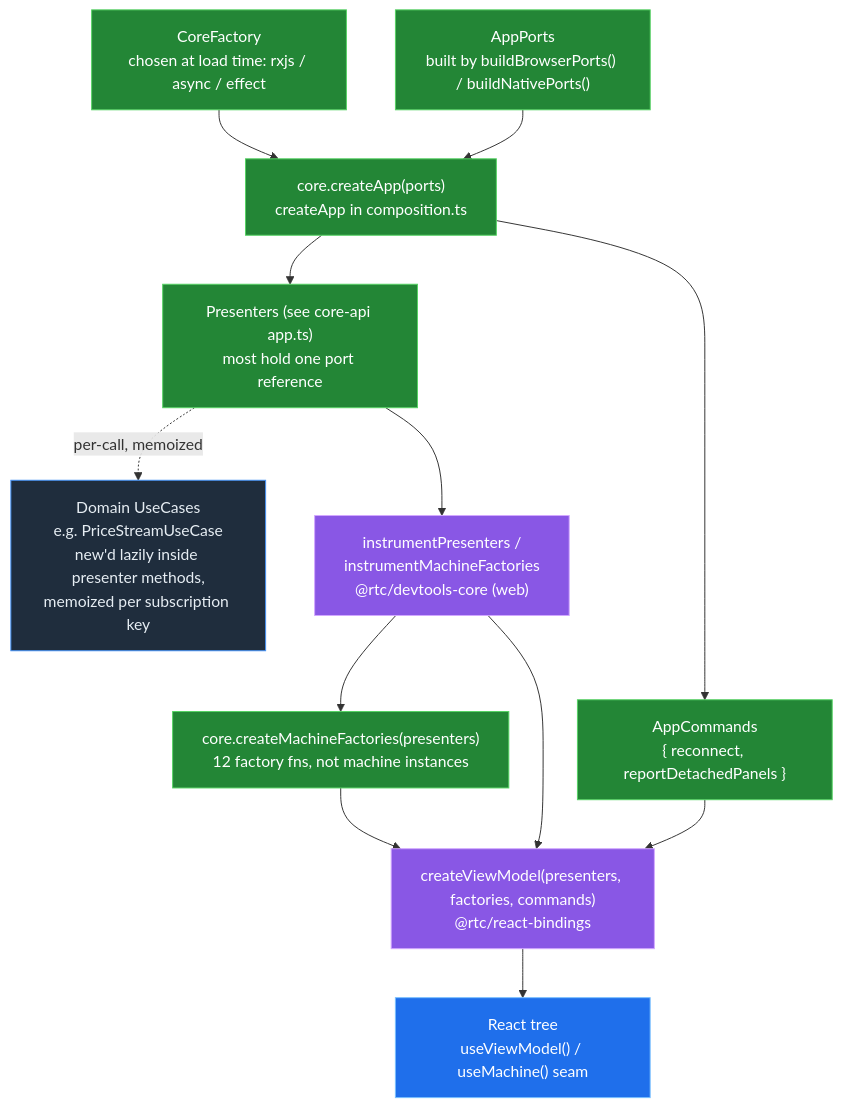
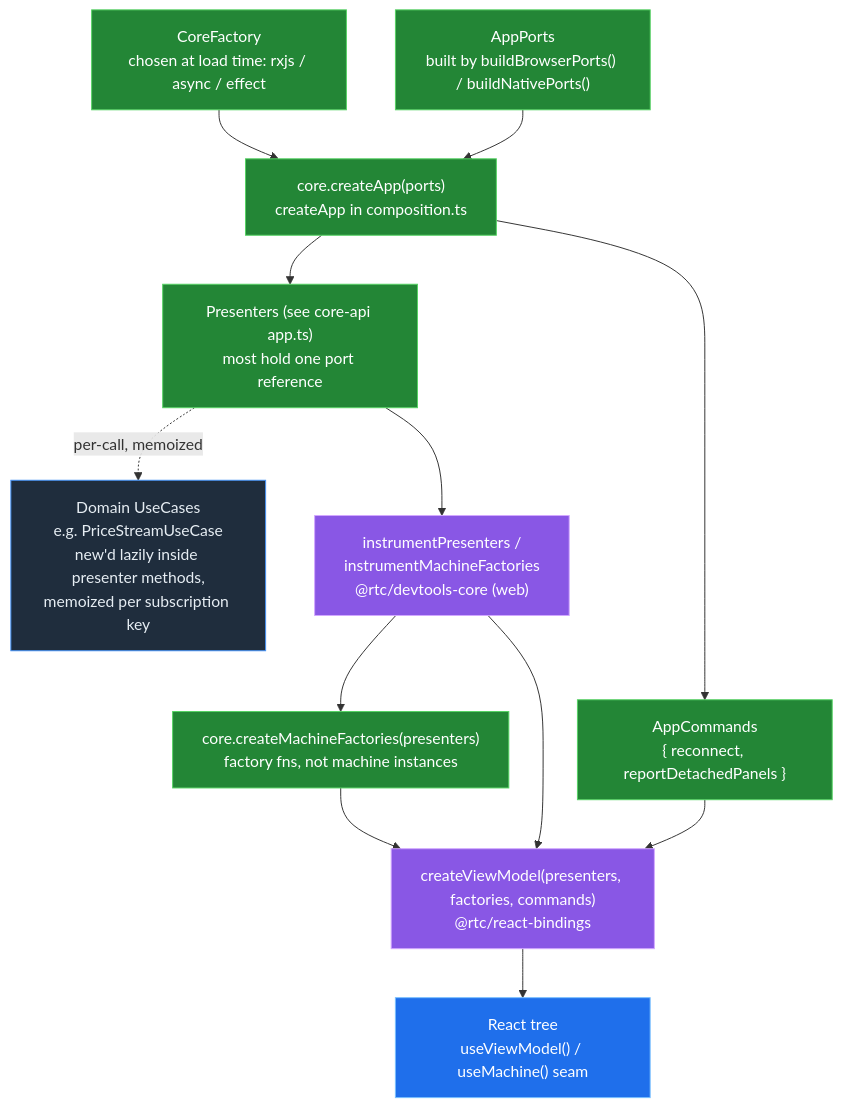
One commit to bettersoftware-io/ReactiveTraderCloudClone changed the first of 4 diagrams in docs/architecture/14-composition-and-wiring.md. Above: the diagram before and after it, drawn with Mermaid. The commit also changed other lines of this file and 1 other file, not shown here.

First line of the commit message:
docs(architecture): §14/§17 review fixes — current layout-machine code, no line cites

````diff
--- a/docs/architecture/14-composition-and-wiring.md
+++ b/docs/architecture/14-composition-and-wiring.md
@@ -36,30 +36,30 @@
 ```mermaid
 flowchart TD
     Core["CoreFactory<br/>chosen at load time: rxjs / async / effect"]:::core
     Ports["AppPorts<br/>built by buildBrowserPorts() / buildNativePorts()"]:::core
     Create["core.createApp(ports)<br/>createApp in composition.ts"]:::core
     Pres["Presenters (see core-api app.ts)<br/>most hold one port reference"]:::core
     Cmd["AppCommands<br/>{ reconnect, reportDetachedPanels }"]:::core
     UC["Domain UseCases<br/>e.g. PriceStreamUseCase<br/>new'd lazily inside presenter methods,<br/>memoized per subscription key"]:::domain
     Dev["instrumentPresenters /<br/>instrumentMachineFactories<br/>@rtc/devtools-core (web)"]:::bridge
-    Mach["core.createMachineFactories(presenters)<br/>12 factory fns, not machine instances"]:::core
+    Mach["core.createMachineFactories(presenters)<br/>factory fns, not machine instances"]:::core
     VM["createViewModel(presenters, factories, commands)<br/>@rtc/react-bindings"]:::bridge
     UI["React tree<br/>useViewModel() / useMachine() seam"]:::ui
 
     Core --> Create
     Ports --> Create
     Create --> Pres
     Create --> Cmd
     Pres -.->|"per-call, memoized"| UC
     Pres --> Dev
     Dev --> Mach
     Mach --> VM
     Dev --> VM
     Cmd --> VM
     VM --> UI
 
     classDef ui     fill:#1f6feb,stroke:#79c0ff,color:#ffffff
     classDef bridge fill:#8957e5,stroke:#d2a8ff,color:#ffffff
     classDef core   fill:#238636,stroke:#56d364,color:#ffffff
     classDef domain fill:#1f2d3d,stroke:#4493f8,color:#e6edf3
 ```
````
